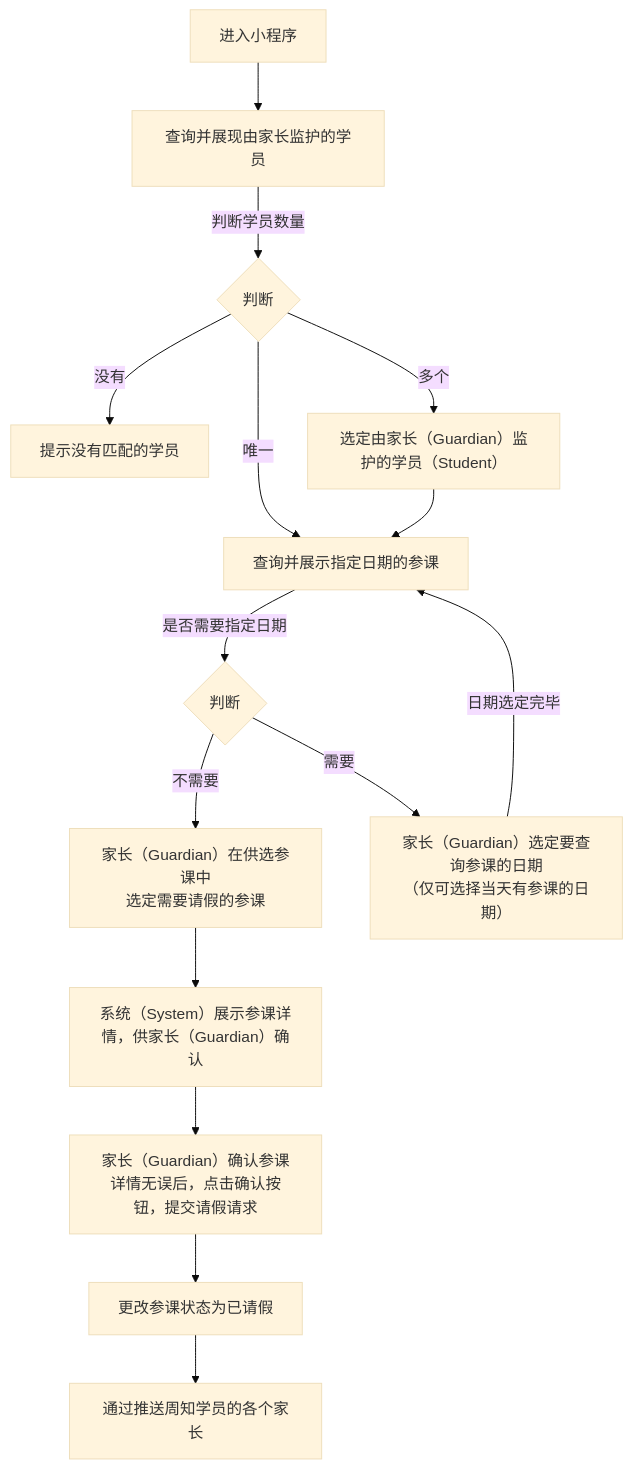
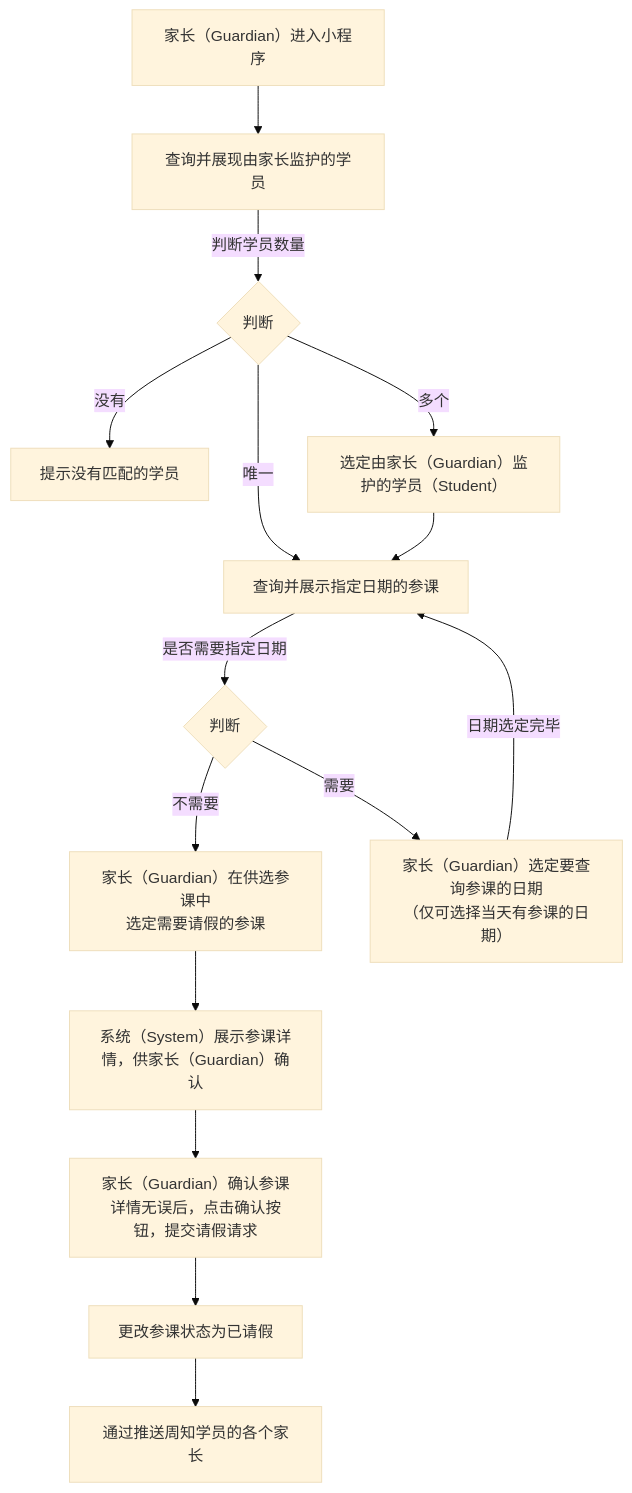
One commit to world-wide-web/sign changed the diagram in 用例/请假.md. Above: the diagram before and after it, drawn with Mermaid (base theme). The commit also changed other lines of this file, not shown here.

````diff
--- a/用例/请假.md
+++ b/用例/请假.md
@@ -7,48 +7,50 @@
 ```mermaid
 graph TD
 
 进入小程序-->查询并展现由家长监护的学员
 
 查询并展现由家长监护的学员--判断学员数量-->判断学员数量
 
 判断学员数量--没有-->提示没有匹配的学员
 
 判断学员数量--唯一-->查询并展示指定日期的参课
 
 判断学员数量--多个-->选定学员
 
 选定学员-->查询并展示指定日期的参课
 
 查询并展示指定日期的参课--是否需要指定日期-->决定是否需要指定日期
 
 决定是否需要指定日期--不需要-->选定参课
 
 决定是否需要指定日期--需要-->选定日期
 
 选定日期--日期选定完毕-->查询并展示指定日期的参课
 
 选定参课-->展示参课详情
 
 展示参课详情-->提交请假请求
 
 提交请假请求-->更改参课状态为已请假
 
 更改参课状态为已请假-->通过推送周知学员的各个家长
 
+进入小程序["<center>家长（Guardian）进入小程序</center>"]
+
 判断学员数量{"<center>判断</center>"}
 
 选定学员["<center>选定由家长（Guardian）监护的学员（Student）</center>"]
 
 决定是否需要指定日期{"<center>判断</center>"}
 
 选定日期["<center>家长（Guardian）选定要查询参课的日期<br>（仅可选择当天有参课的日期）</center>"]
 
 选定参课["<center>家长（Guardian）在供选参课中<br>选定需要请假的参课</center>"]
 
 展示参课详情["<center>系统（System）展示参课详情，供家长（Guardian）确认</center>"]
 
 提交请假请求["<center>家长（Guardian）确认参课详情无误后，点击确认按钮，提交请假请求</center>"]
 
 
 
 ```
````
